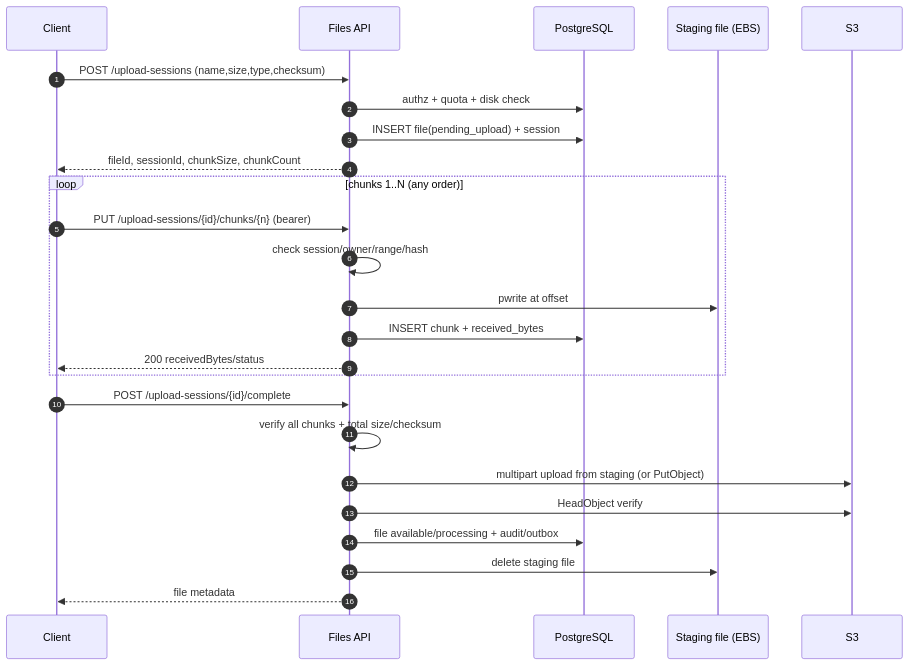
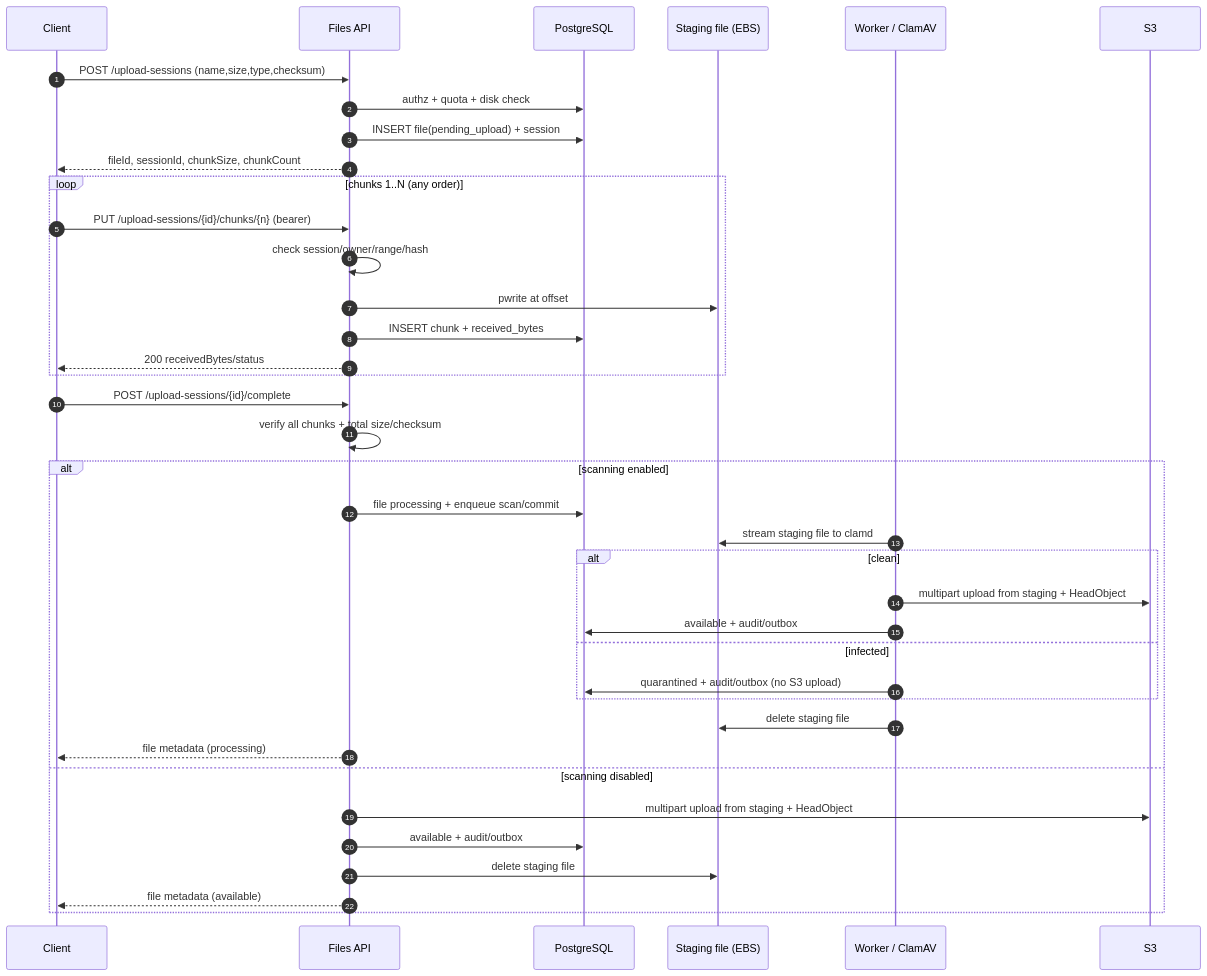
The fourth of 6 diagrams in docs/02-architecture/architecture.md (solucionesjj/files), drawn with Mermaid before and after one commit. The commit also changed other lines of this file and 40 other files, not shown here.

````diff
--- a/docs/02-architecture/architecture.md
+++ b/docs/02-architecture/architecture.md
@@ -212,28 +216,41 @@
 ```mermaid
 sequenceDiagram
   autonumber
   participant C as Client
   participant A as Files API
   participant D as PostgreSQL
   participant F as Staging file (EBS)
+  participant W as Worker / ClamAV
   participant S as S3
 
   C->>A: POST /upload-sessions (name,size,type,checksum)
   A->>D: authz + quota + disk check
   A->>D: INSERT file(pending_upload) + session
   A-->>C: fileId, sessionId, chunkSize, chunkCount
   loop chunks 1..N (any order)
     C->>A: PUT /upload-sessions/{id}/chunks/{n} (bearer)
     A->>A: check session/owner/range/hash
     A->>F: pwrite at offset
     A->>D: INSERT chunk + received_bytes
     A-->>C: 200 receivedBytes/status
   end
   C->>A: POST /upload-sessions/{id}/complete
   A->>A: verify all chunks + total size/checksum
-  A->>S: multipart upload from staging (or PutObject)
-  A->>S: HeadObject verify
-  A->>D: file available/processing + audit/outbox
-  A->>F: delete staging file
-  A-->>C: file metadata
+  alt scanning enabled
+    A->>D: file processing + enqueue scan/commit
+    W->>F: stream staging file to clamd
+    alt clean
+      W->>S: multipart upload from staging + HeadObject
+      W->>D: available + audit/outbox
+    else infected
+      W->>D: quarantined + audit/outbox (no S3 upload)
+    end
+    W->>F: delete staging file
+    A-->>C: file metadata (processing)
+  else scanning disabled
+    A->>S: multipart upload from staging + HeadObject
+    A->>D: available + audit/outbox
+    A->>F: delete staging file
+    A-->>C: file metadata (available)
+  end
 ```
````
